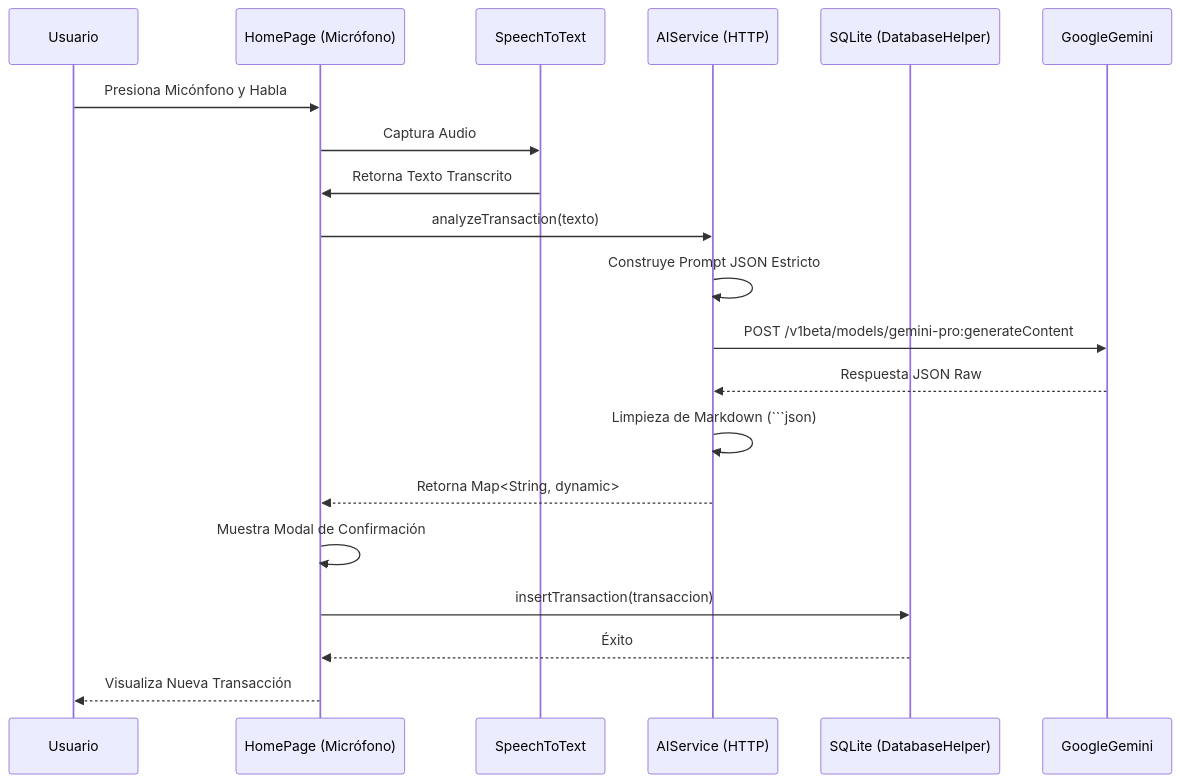
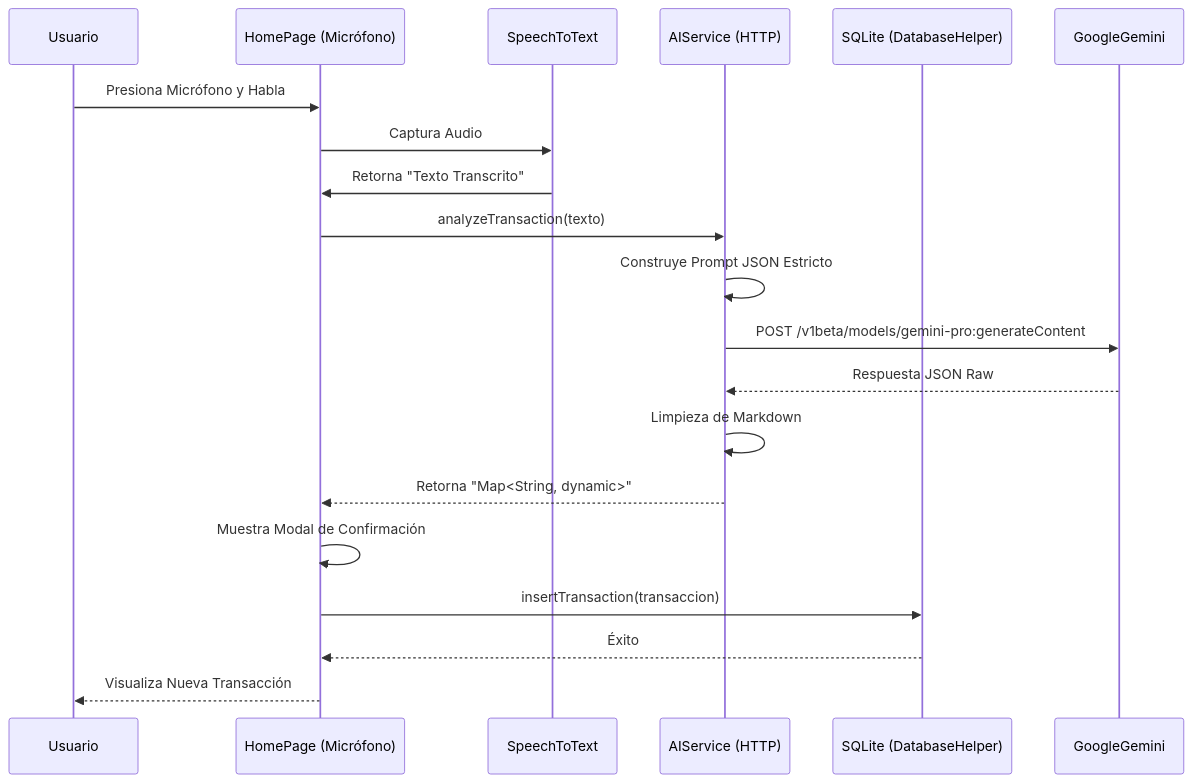
The diagram in doc/03_INTELIGENCIA_ARTIFICIAL.md (Johntl121/Gestor-Gastos), drawn with Mermaid before and after one commit. The commit also changed 1 other file, not shown here.

Commit message:
Correccione en la documentación

````diff
--- a/doc/03_INTELIGENCIA_ARTIFICIAL.md
+++ b/doc/03_INTELIGENCIA_ARTIFICIAL.md
@@ -48,25 +48,25 @@
 ```mermaid
 sequenceDiagram
     participant User as Usuario
     participant UI as HomePage (Micrófono)
     participant STT as SpeechToText
     participant AI as AIService (HTTP)
     participant DB as SQLite (DatabaseHelper)
     
-    User->>UI: Presiona Micónfono y Habla
+    User->>UI: Presiona Micrófono y Habla
     UI->>STT: Captura Audio
-    STT->>UI: Retorna Texto Transcrito
+    STT->>UI: Retorna "Texto Transcrito"
     
     UI->>AI: analyzeTransaction(texto)
     AI->>AI: Construye Prompt JSON Estricto
     AI->>GoogleGemini: POST /v1beta/models/gemini-pro:generateContent
     GoogleGemini-->>AI: Respuesta JSON Raw
     
-    AI->>AI: Limpieza de Markdown (```json)
-    AI-->>UI: Retorna Map<String, dynamic>
+    AI->>AI: Limpieza de Markdown
+    AI-->>UI: Retorna "Map<String, dynamic>"
     
     UI->>UI: Muestra Modal de Confirmación
     UI->>DB: insertTransaction(transaccion)
     DB-->>UI: Éxito
     UI-->>User: Visualiza Nueva Transacción
 ```
````
